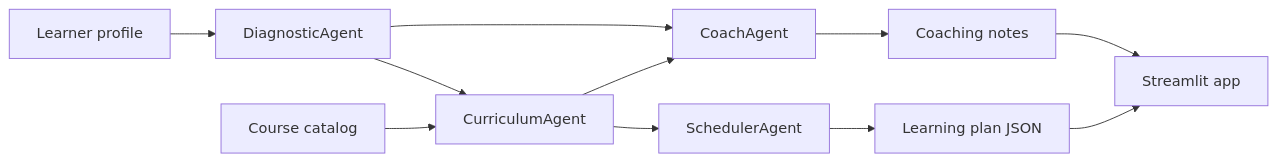
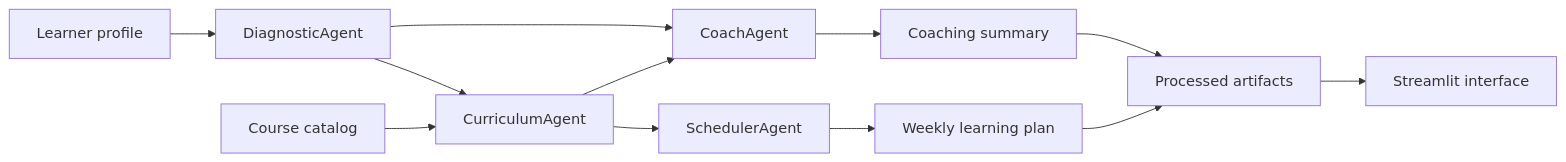
One commit to flaviagaia/learning-path-agents changed the diagram in README.md. Above: the diagram before and after it, drawn with Mermaid. The commit also changed other lines of this file, not shown here.

````diff
--- a/README.md
+++ b/README.md
@@ -29,13 +21,14 @@
 ```mermaid
 flowchart LR
     A["Learner profile"] --> B["DiagnosticAgent"]
     C["Course catalog"] --> D["CurriculumAgent"]
     B --> D
     D --> E["SchedulerAgent"]
     B --> F["CoachAgent"]
     D --> F
-    E --> G["Learning plan JSON"]
-    F --> H["Coaching notes"]
-    G --> I["Streamlit app"]
+    E --> G["Weekly learning plan"]
+    F --> H["Coaching summary"]
+    G --> I["Processed artifacts"]
     H --> I
+    I --> J["Streamlit interface"]
 ```
````
